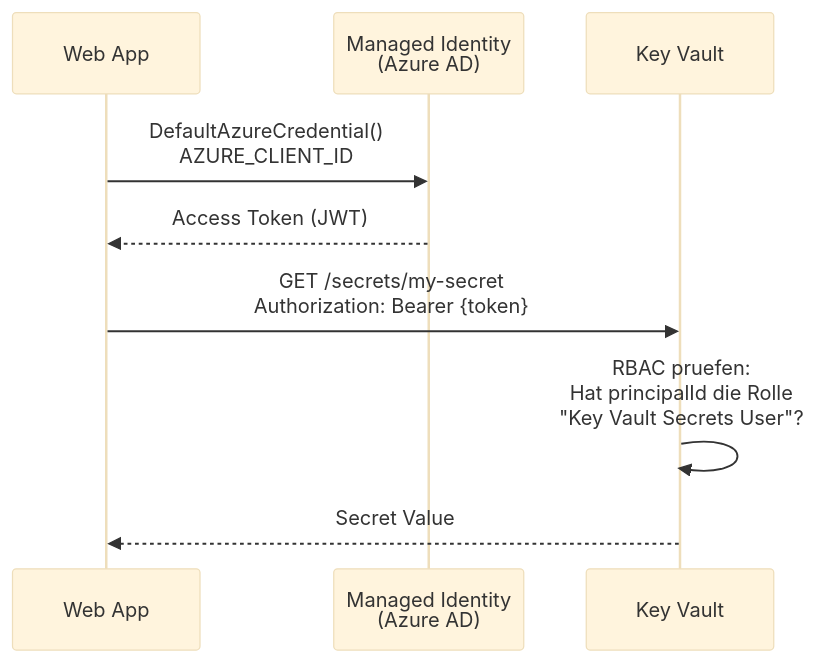
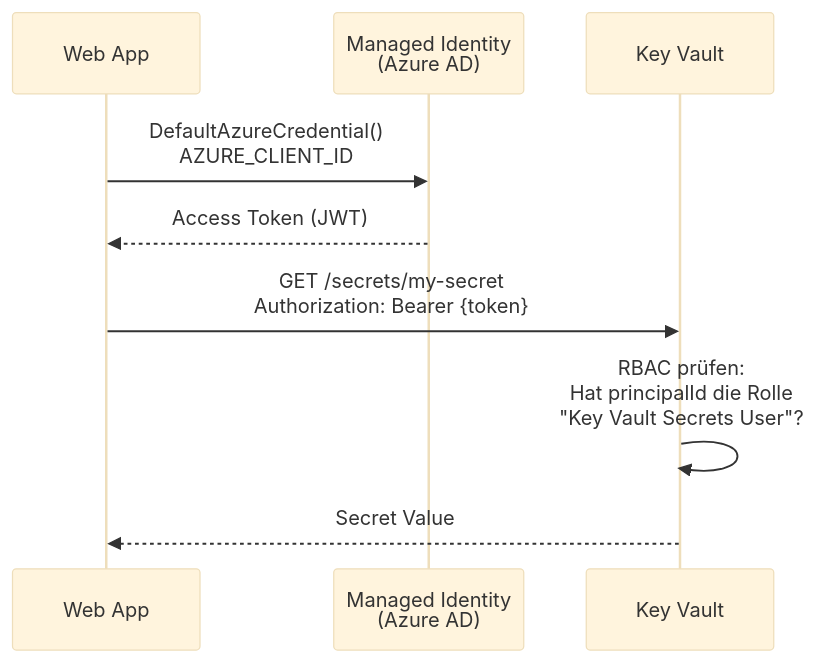
The second of 4 diagrams in docs/architecture.md (aitimatic-GmbH/service-keyvault-managed-identity), drawn with Mermaid (base theme) before and after one commit. The commit also changed other lines of this file and 4 other files, not shown here.

````diff
--- a/docs/architecture.md
+++ b/docs/architecture.md
@@ -37,12 +37,12 @@
 ```mermaid
 sequenceDiagram
     participant App as Web App
     participant MI as Managed Identity<br/>(Azure AD)
     participant KV as Key Vault
 
     App->>MI: DefaultAzureCredential()<br/>AZURE_CLIENT_ID
     MI-->>App: Access Token (JWT)
     App->>KV: GET /secrets/my-secret<br/>Authorization: Bearer {token}
-    KV->>KV: RBAC pruefen:<br/>Hat principalId die Rolle<br/>"Key Vault Secrets User"?
+    KV->>KV: RBAC prüfen:<br/>Hat principalId die Rolle<br/>"Key Vault Secrets User"?
     KV-->>App: Secret Value
 ```
````
